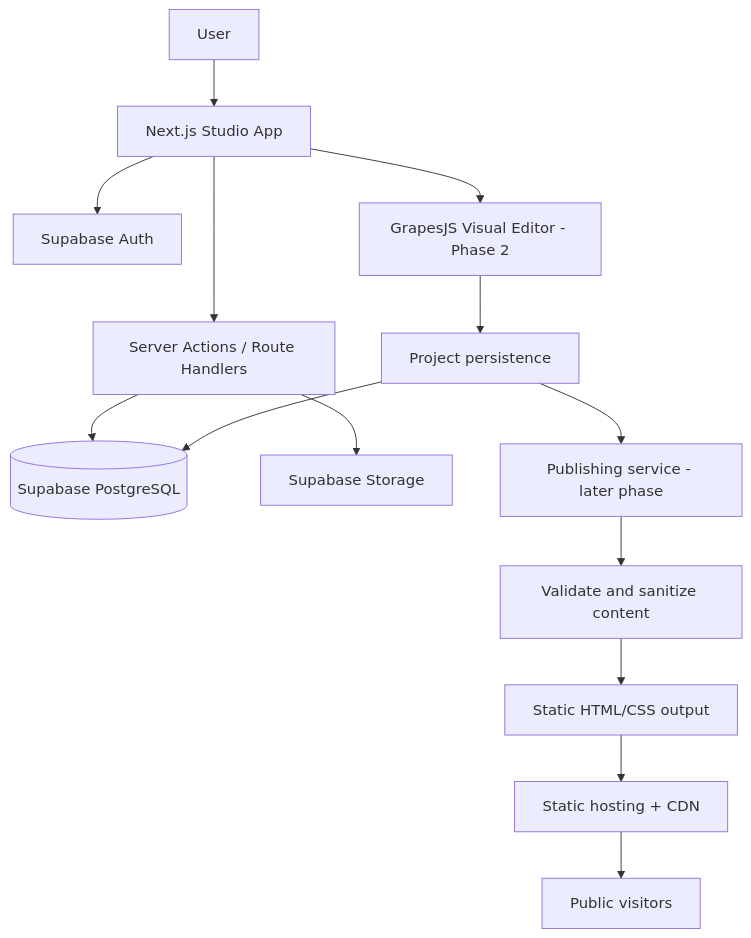
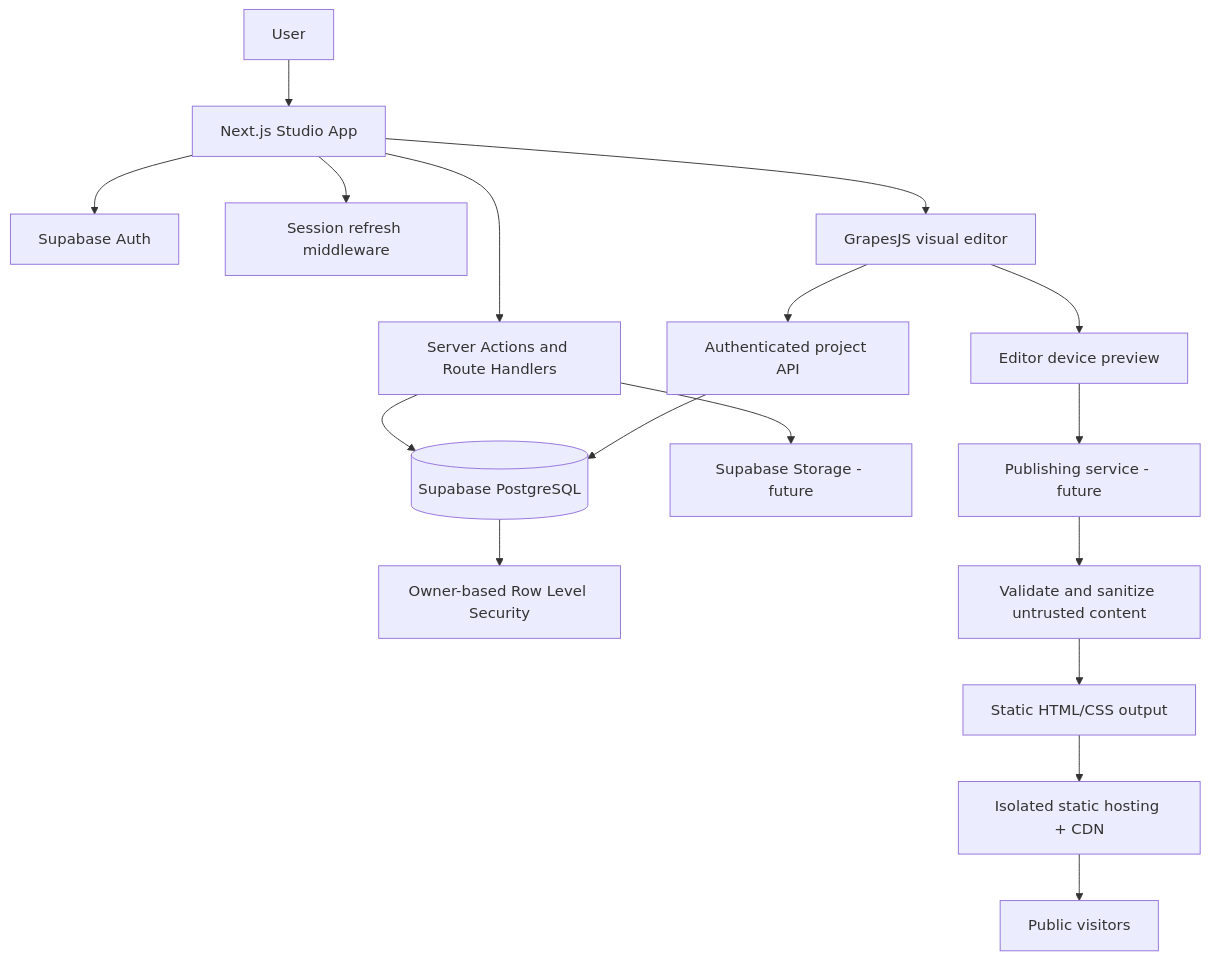
Before and after one commit to azuleermenu-dot/Asnor-Studio: the diagram in docs/ARCHITECTURE.md, drawn with Mermaid. The commit also changed other lines of this file and 16 other files, not shown here.

````diff
--- a/docs/ARCHITECTURE.md
+++ b/docs/ARCHITECTURE.md
@@ -7,16 +9,19 @@
 ```mermaid
 flowchart TD
  User --> Studio[Next.js Studio App]
  Studio --> Auth[Supabase Auth]
- Studio --> API[Server Actions / Route Handlers]
- API --> DB[(Supabase PostgreSQL)]
- API --> Storage[Supabase Storage]
- Studio --> Editor[GrapesJS Visual Editor - Phase 2]
- Editor --> Save[Project persistence]
- Save --> DB
- Save --> Publish[Publishing service - later phase]
- Publish --> Validate[Validate and sanitize content]
+ Studio --> Middleware[Session refresh middleware]
+ Studio --> Routes[Server Actions and Route Handlers]
+ Routes --> DB[(Supabase PostgreSQL)]
+ Routes --> Storage[Supabase Storage - future]
+ Studio --> Editor[GrapesJS visual editor]
+ Editor --> Autosave[Authenticated project API]
+ Autosave --> DB
+ DB --> RLS[Owner-based Row Level Security]
+ Editor --> Preview[Editor device preview]
+ Preview --> Publish[Publishing service - future]
+ Publish --> Validate[Validate and sanitize untrusted content]
  Validate --> Static[Static HTML/CSS output]
- Static --> CDN[Static hosting + CDN]
+ Static --> CDN[Isolated static hosting + CDN]
  CDN --> Visitors[Public visitors]
 ```
````
